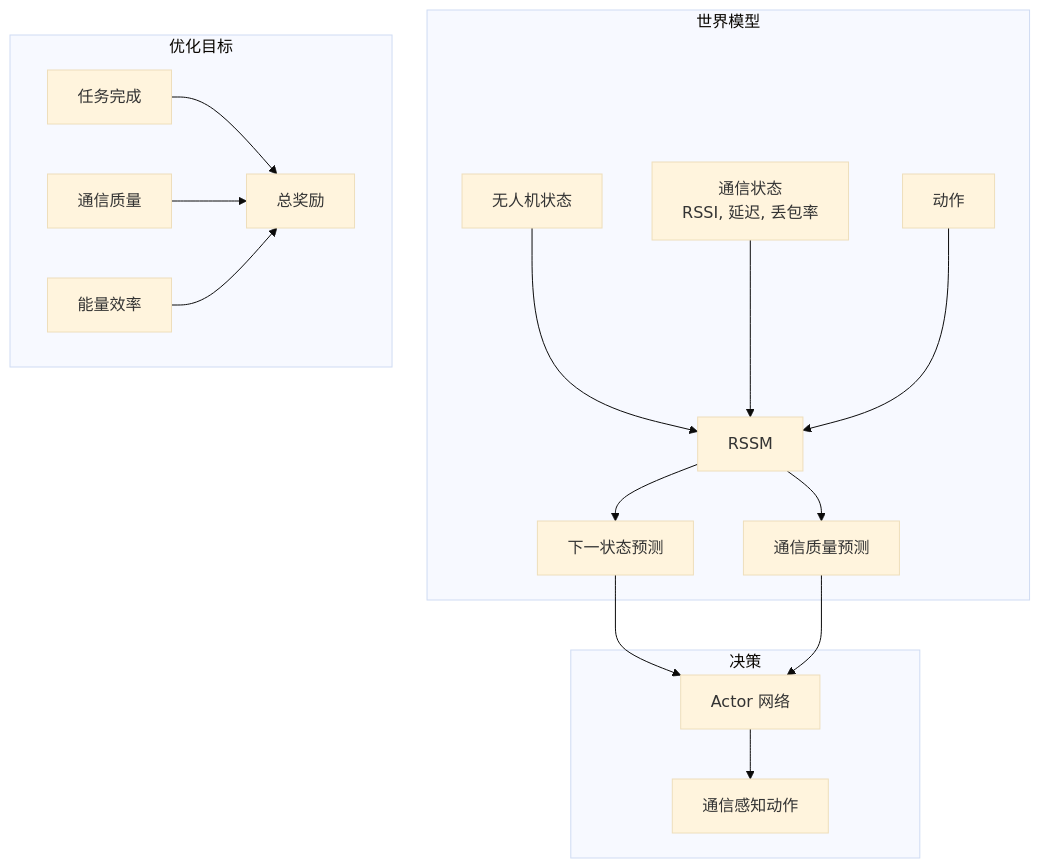
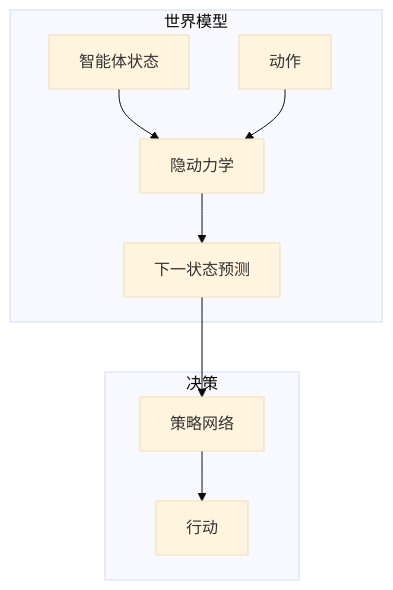
The sixth of 8 diagrams in docs/02-世界模型专题/05-无人机世界模型综述.md (Qxy661/UAV-WM-VLA-Learning), drawn with Mermaid (base theme) before and after one commit. The commit also changed other lines of this file and 44 other files, not shown here.

````diff
--- a/docs/02-世界模型专题/05-无人机世界模型综述.md
+++ b/docs/02-世界模型专题/05-无人机世界模型综述.md
@@ -346,22 +349,12 @@
 ```mermaid
 graph TB
     subgraph 世界模型
-        A[无人机状态] --> B[RSSM]
-        C[通信状态<br/>RSSI, 延迟, 丢包率] --> B
+        A[智能体状态] --> B[隐动力学]
         D[动作] --> B
         B --> E[下一状态预测]
-        B --> F[通信质量预测]
     end
-
     subgraph 决策
-        E --> G[Actor 网络]
-        F --> G
-        G --> H[通信感知动作]
-    end
-
-    subgraph 优化目标
-        I[任务完成] --> J[总奖励]
-        K[通信质量] --> J
-        L[能量效率] --> J
+        E --> F[策略网络]
+        F --> G[行动]
     end
 ```
````
